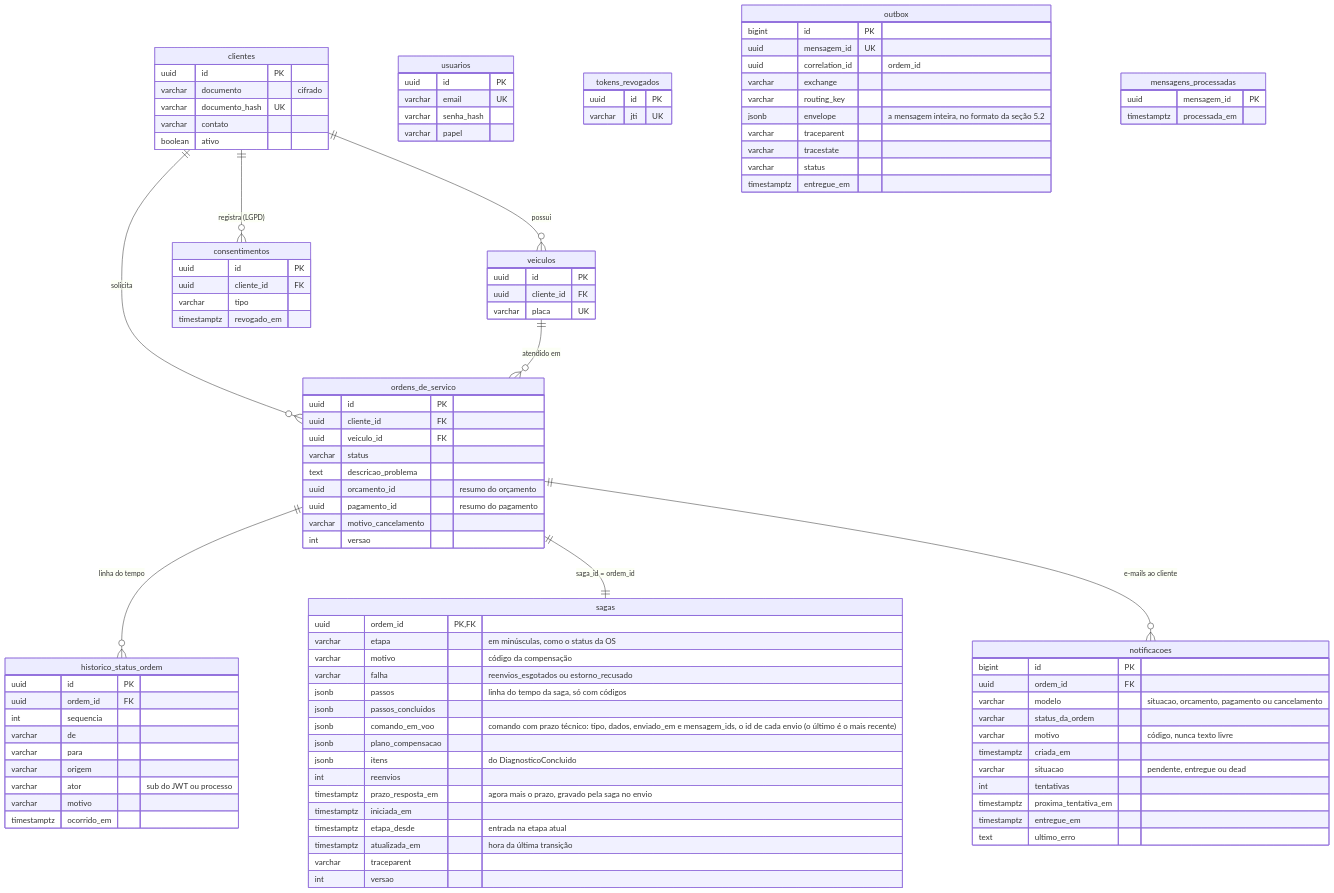
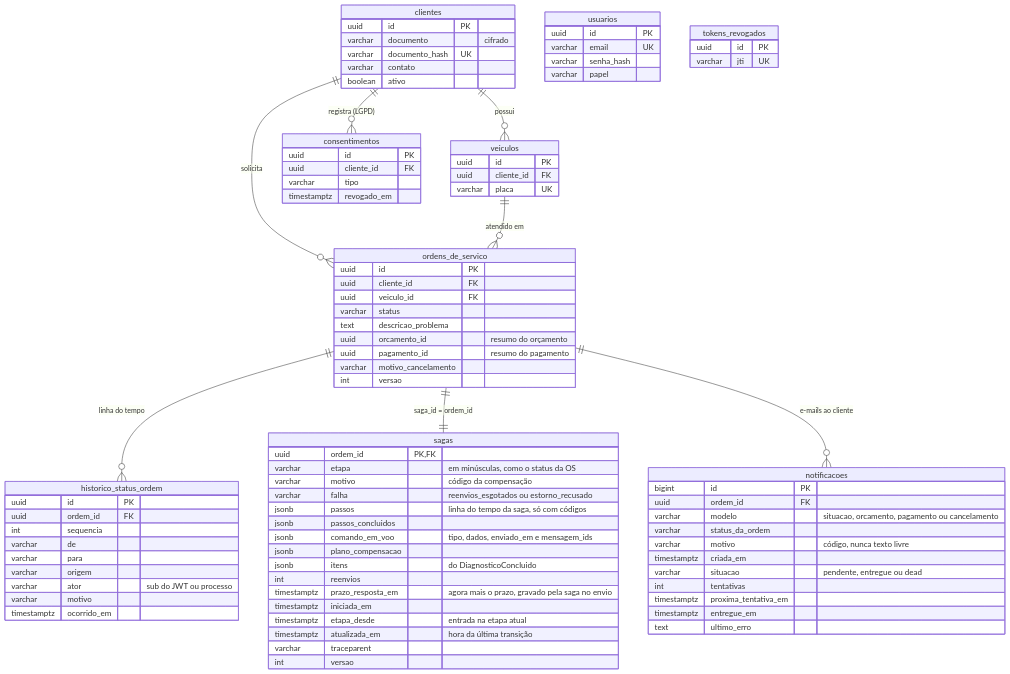
One commit to fiap-postech-sw-architecture/postech-sw-arch-p4-platform changed diagram 13 of 16 in docs/arquitetura/rfc/fase4/rfc-004-microsservicos-saga.md. Above: the diagram before and after it, drawn with Mermaid. The commit also changed other lines of this file and 7 other files, not shown here.

Commit message:
docs: letra dos diagramas do PDF, recorte do ruleset e Como ler (#45)

```diff
--- a/docs/arquitetura/rfc/fase4/rfc-004-microsservicos-saga.md
+++ b/docs/arquitetura/rfc/fase4/rfc-004-microsservicos-saga.md
@@ -857,7 +865,9 @@
 ---
 config:
   er:
-    entityPadding: 8
+    entityPadding: 3
+    nodeSpacing: 60
+    rankSpacing: 70
 ---
 erDiagram
     clientes {
@@ -917,7 +927,7 @@
         varchar falha "reenvios_esgotados ou estorno_recusado"
         jsonb passos "linha do tempo da saga, só com códigos"
         jsonb passos_concluidos
-        jsonb comando_em_voo "comando com prazo técnico: tipo, dados, enviado_em e mensagem_ids, o id de cada envio (o último é o mais recente)"
+        jsonb comando_em_voo "tipo, dados, enviado_em e mensagem_ids"
         jsonb plano_compensacao
         jsonb itens "do DiagnosticoConcluido"
         int reenvios
@@ -927,18 +937,6 @@
         timestamptz atualizada_em "hora da última transição"
         varchar traceparent
         int versao
-    }
-    outbox {
-        bigint id PK
-        uuid mensagem_id UK
-        uuid correlation_id "ordem_id"
-        varchar exchange
-        varchar routing_key
-        jsonb envelope "a mensagem inteira, no formato da seção 5.2"
-        varchar traceparent
-        varchar tracestate
-        varchar status
-        timestamptz entregue_em
     }
     notificacoes {
         bigint id PK
@@ -953,10 +951,6 @@
         timestamptz entregue_em
         text ultimo_erro
     }
-    mensagens_processadas {
-        uuid mensagem_id PK
-        timestamptz processada_em
-    }
 
     clientes ||--o{ veiculos : "possui"
     clientes ||--o{ consentimentos : "registra (LGPD)"
```
